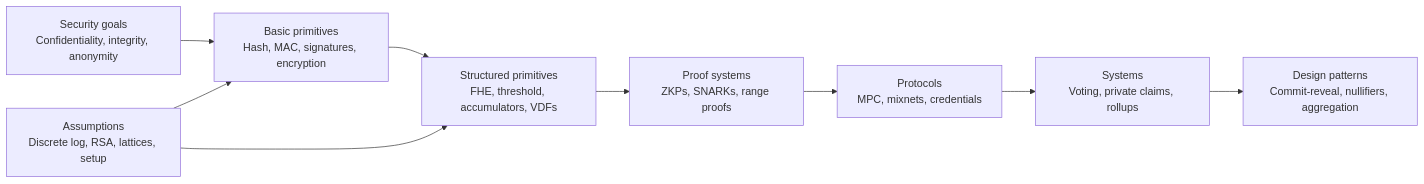
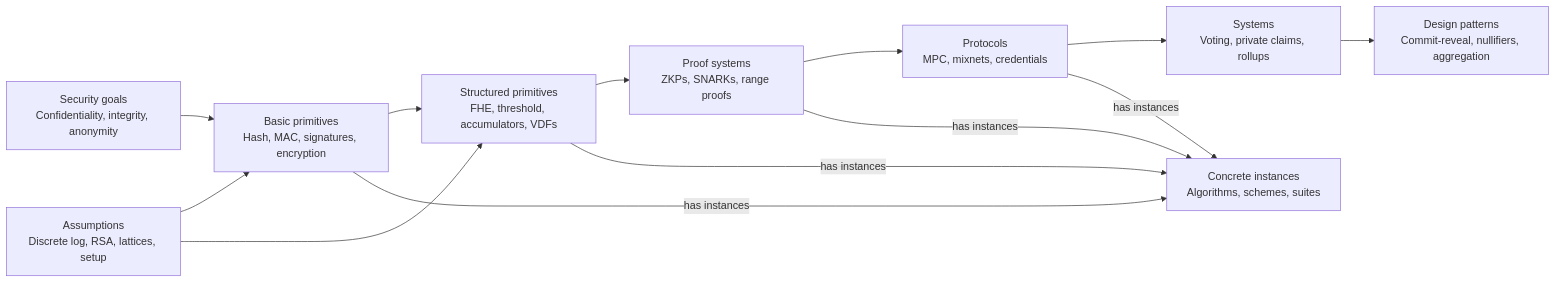
Before and after one commit to christophelebrun/cryptographic-atlas: the diagram in book/static/diagrams/taxonomy-flow.mmd, drawn with Mermaid. The commit also changed 16 other files, not shown here.

```diff
--- a/book/static/diagrams/taxonomy-flow.mmd
+++ b/book/static/diagrams/taxonomy-flow.mmd
@@ -1,18 +1,23 @@
 %% Generated by scripts/generate-diagrams.js. Do not edit directly; edit book/data/diagrams/taxonomy-flow.yml instead.
 flowchart LR
   n_security_goals["Security goals<br/>Confidentiality, integrity, anonymity"]
   n_assumptions["Assumptions<br/>Discrete log, RSA, lattices, setup"]
   n_basic_primitives["Basic primitives<br/>Hash, MAC, signatures, encryption"]
   n_structured_primitives["Structured primitives<br/>FHE, threshold, accumulators, VDFs"]
   n_proof_systems["Proof systems<br/>ZKPs, SNARKs, range proofs"]
   n_protocols["Protocols<br/>MPC, mixnets, credentials"]
   n_systems["Systems<br/>Voting, private claims, rollups"]
   n_design_patterns["Design patterns<br/>Commit-reveal, nullifiers, aggregation"]
+  n_concrete_instances["Concrete instances<br/>Algorithms, schemes, suites"]
   n_security_goals --> n_basic_primitives
   n_assumptions --> n_basic_primitives
   n_assumptions --> n_structured_primitives
   n_basic_primitives --> n_structured_primitives
   n_structured_primitives --> n_proof_systems
   n_proof_systems --> n_protocols
   n_protocols --> n_systems
   n_systems --> n_design_patterns
+  n_basic_primitives -->|has instances| n_concrete_instances
+  n_structured_primitives -->|has instances| n_concrete_instances
+  n_proof_systems -->|has instances| n_concrete_instances
+  n_protocols -->|has instances| n_concrete_instances
```
